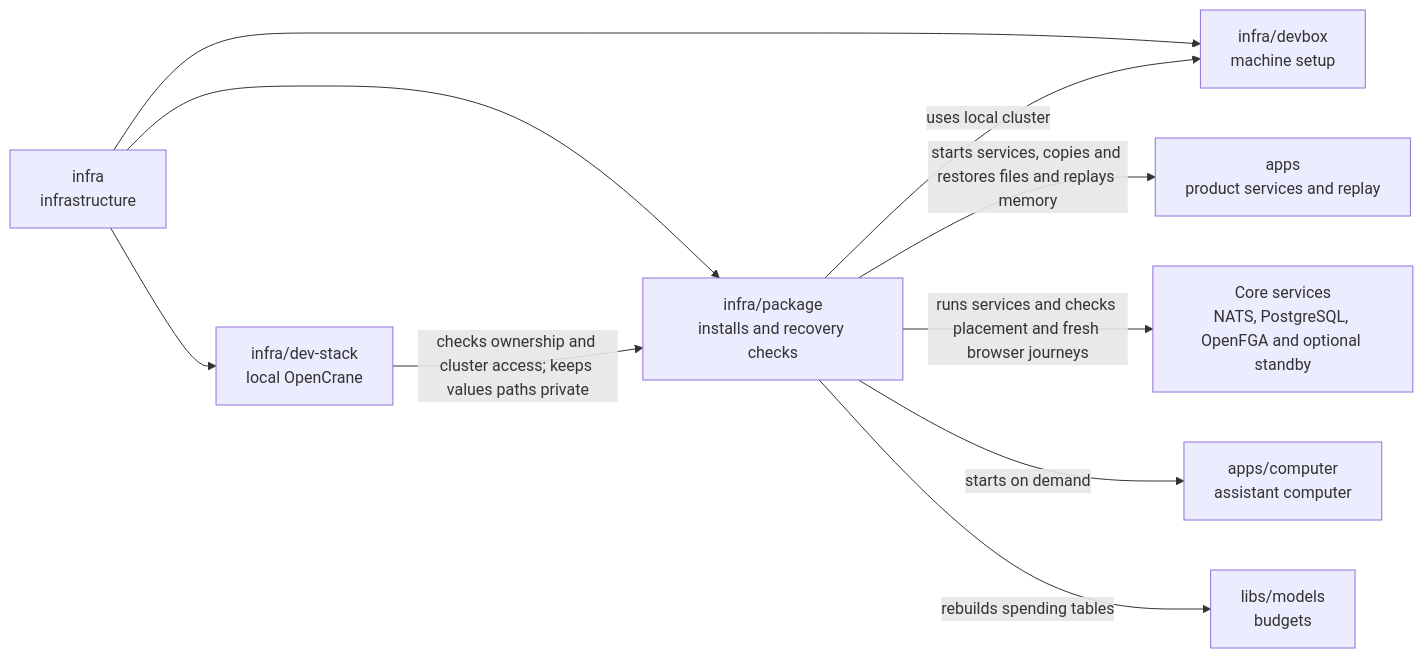
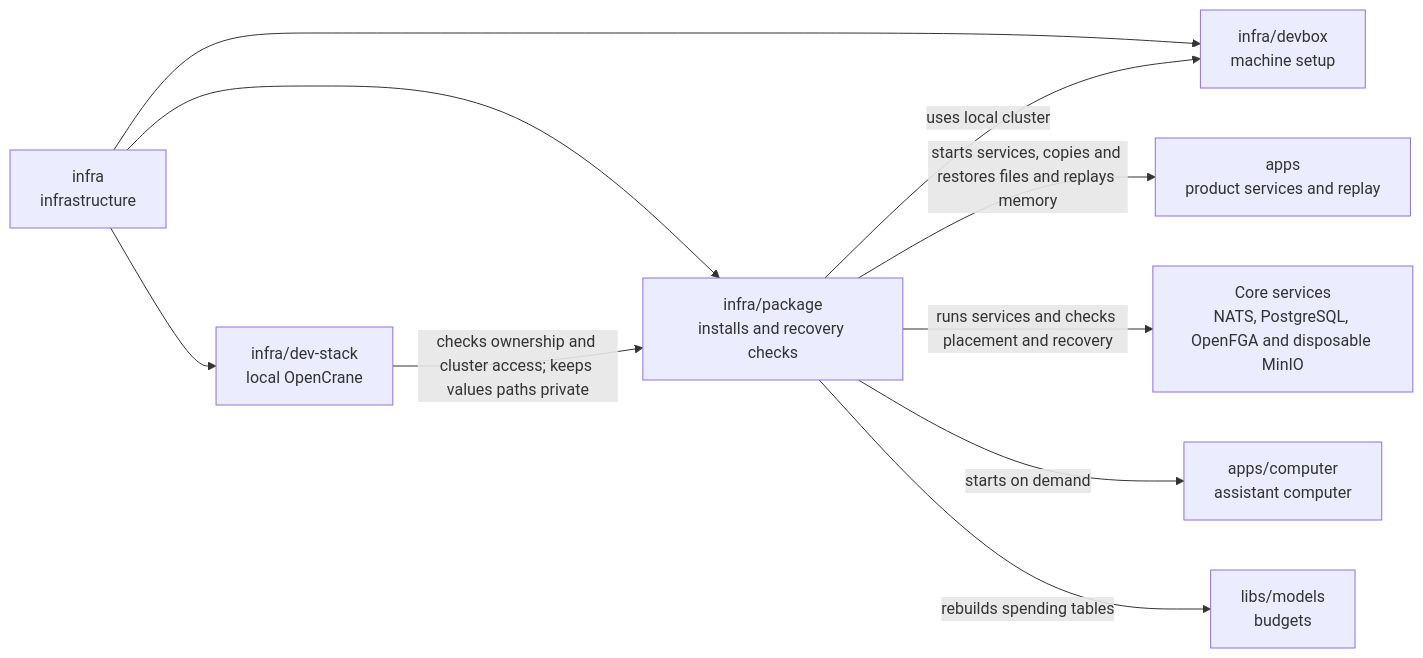
One commit to elewa-git/opencrane-new changed the diagram in infra/package/README.md. Above: the diagram before and after it, drawn with Mermaid. The commit also changed other lines of this file and 8 other files, not shown here.

````diff
--- a/infra/package/README.md
+++ b/infra/package/README.md
@@ -19,12 +19,12 @@
 ```mermaid
 flowchart LR
   infra["infra<br/>infrastructure"] --> package["infra/package<br/>installs and recovery checks"]
   infra --> stack["infra/dev-stack<br/>local OpenCrane"]
   infra --> devbox["infra/devbox<br/>machine setup"]
   stack -->|checks ownership and cluster access; keeps values paths private| package
   package -->|uses local cluster| devbox
   package -->|starts services, copies and restores files and replays memory| apps["apps<br/>product services and replay"]
-  package -->|runs services and checks placement and fresh browser journeys| services["Core services<br/>NATS, PostgreSQL, OpenFGA and optional standby"]
+  package -->|runs services and checks placement and recovery| services["Core services<br/>NATS, PostgreSQL, OpenFGA and disposable MinIO"]
   package -->|starts on demand| computer["apps/computer<br/>assistant computer"]
   package -->|rebuilds spending tables| models["libs/models<br/>budgets"]
 ```
````
